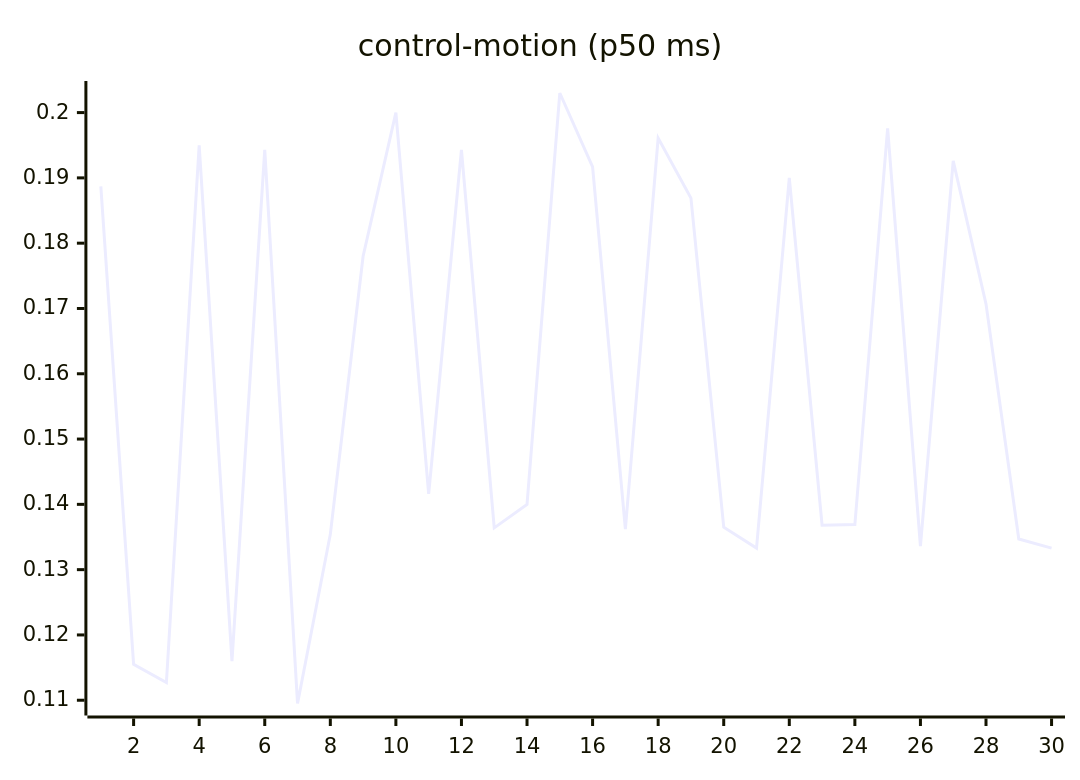
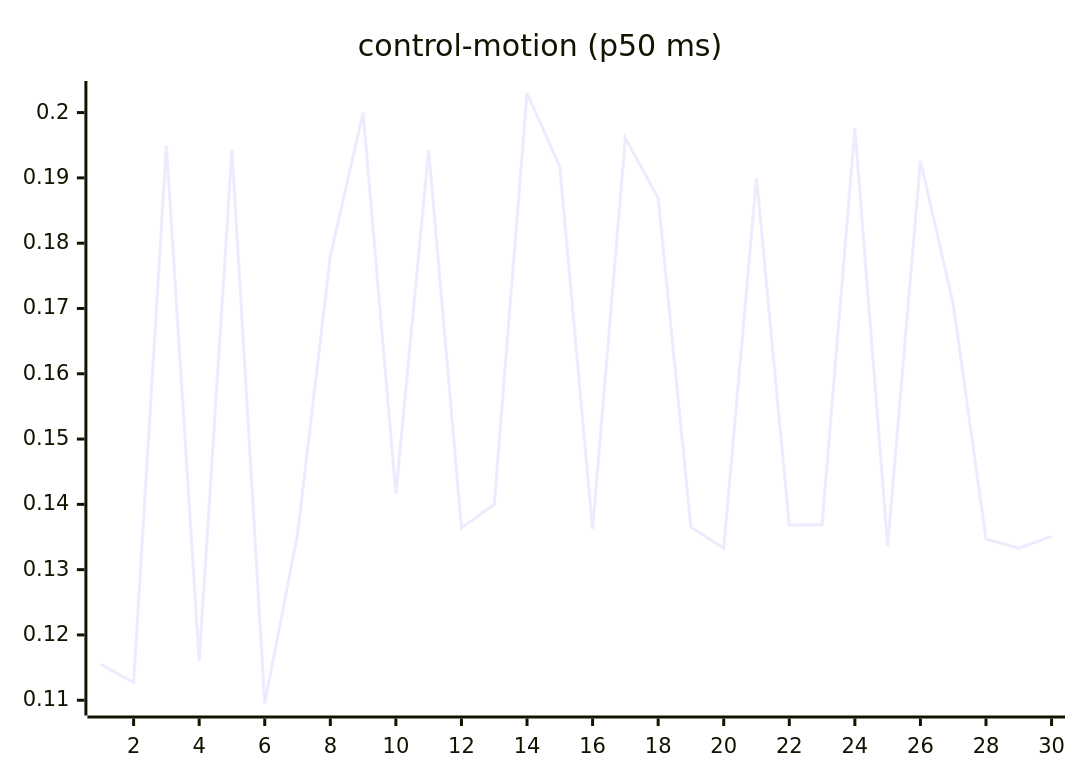
Before and after one commit to josha/Facet: the seventh of 27 diagrams in README.md, drawn with Mermaid. The commit also changed other lines of this file and 2 other files, not shown here.

````diff
--- a/README.md
+++ b/README.md
@@ -105,6 +105,6 @@
 ```mermaid
 xychart-beta
     title "control-motion (p50 ms)"
     x-axis 1 --> 30
-    line [0.1887, 0.1155, 0.1127, 0.1950, 0.1160, 0.1943, 0.1095, 0.1354, 0.1780, 0.2000, 0.1416, 0.1943, 0.1364, 0.1400, 0.2030, 0.1917, 0.1362, 0.1961, 0.1869, 0.1365, 0.1333, 0.1900, 0.1368, 0.1369, 0.1976, 0.1336, 0.1926, 0.1707, 0.1347, 0.1333]
+    line [0.1155, 0.1127, 0.1950, 0.1160, 0.1943, 0.1095, 0.1354, 0.1780, 0.2000, 0.1416, 0.1943, 0.1364, 0.1400, 0.2030, 0.1917, 0.1362, 0.1961, 0.1869, 0.1365, 0.1333, 0.1900, 0.1368, 0.1369, 0.1976, 0.1336, 0.1926, 0.1707, 0.1347, 0.1333, 0.1351]
 ```
````
